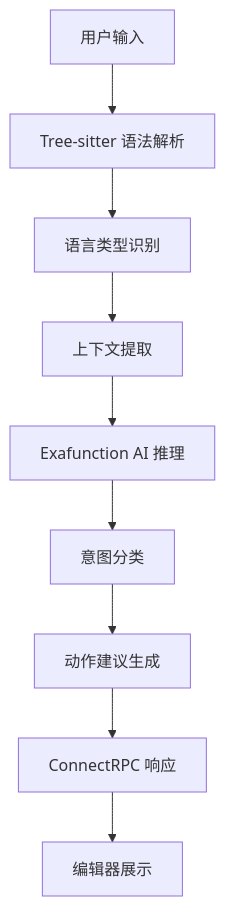
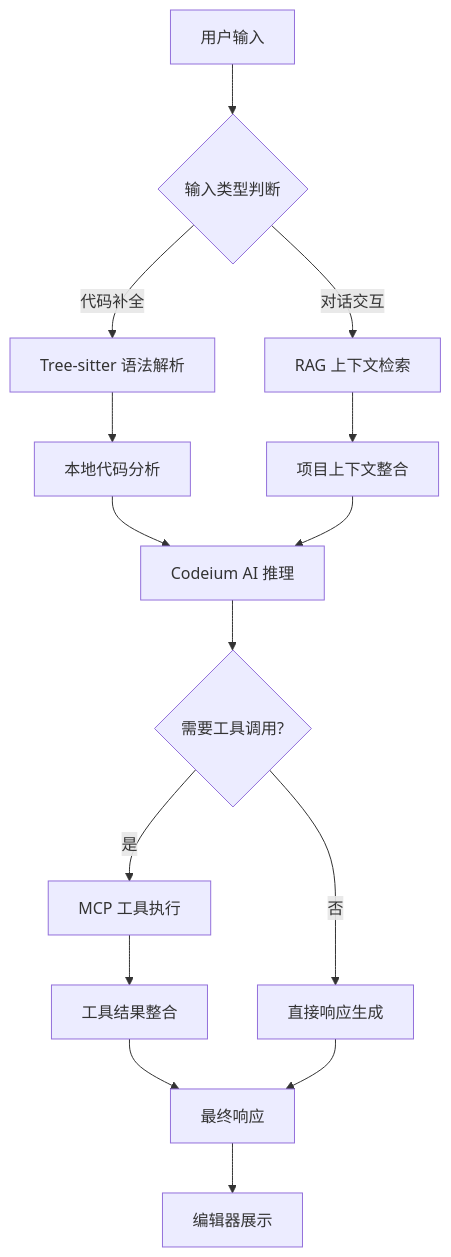
Before and after one commit to hawkhai/hawkhai.github.io: the diagram in _posts/llm/2025-06-25-vibe-coding-best-practices-for-windsurf.md, drawn with Mermaid. The commit also changed other lines of this file, not shown here.

```diff
--- a/_posts/llm/2025-06-25-vibe-coding-best-practices-for-windsurf.md
+++ b/_posts/llm/2025-06-25-vibe-coding-best-practices-for-windsurf.md
@@ -82,11 +84,17 @@
 <div class="mermaid">
 graph TD
-    A[用户输入] --> B[Tree-sitter 语法解析]
-    B --> C[语言类型识别]
-    C --> D[上下文提取]
-    D --> E[Exafunction AI 推理]
-    E --> F[意图分类]
-    F --> G[动作建议生成]
-    G --> H[ConnectRPC 响应]
-    H --> I[编辑器展示]
+    A[用户输入] --> B{输入类型判断}
+    B -->|代码补全| C[Tree-sitter 语法解析]
+    B -->|对话交互| D[RAG 上下文检索]
+    C --> E[本地代码分析]
+    D --> F[项目上下文整合]
+    E --> G[Codeium AI 推理]
+    F --> G
+    G --> H{需要工具调用?}
+    H -->|是| I[MCP 工具执行]
+    H -->|否| J[直接响应生成]
+    I --> K[工具结果整合]
+    K --> L[最终响应]
+    J --> L
+    L --> M[编辑器展示]
 </div>
```
